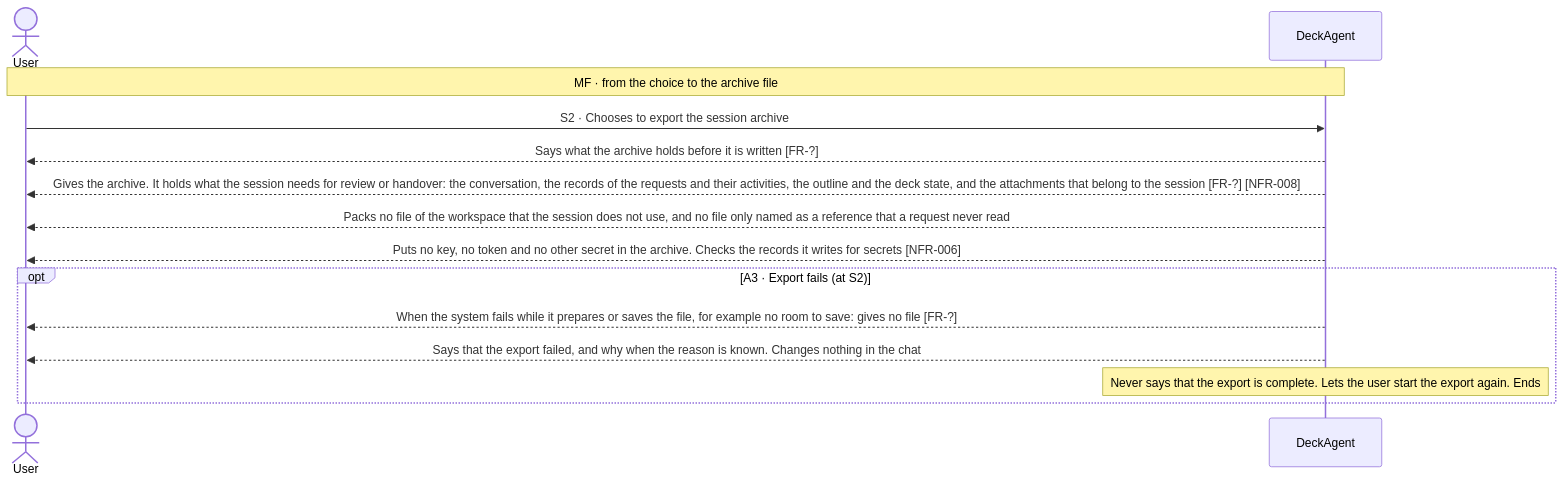
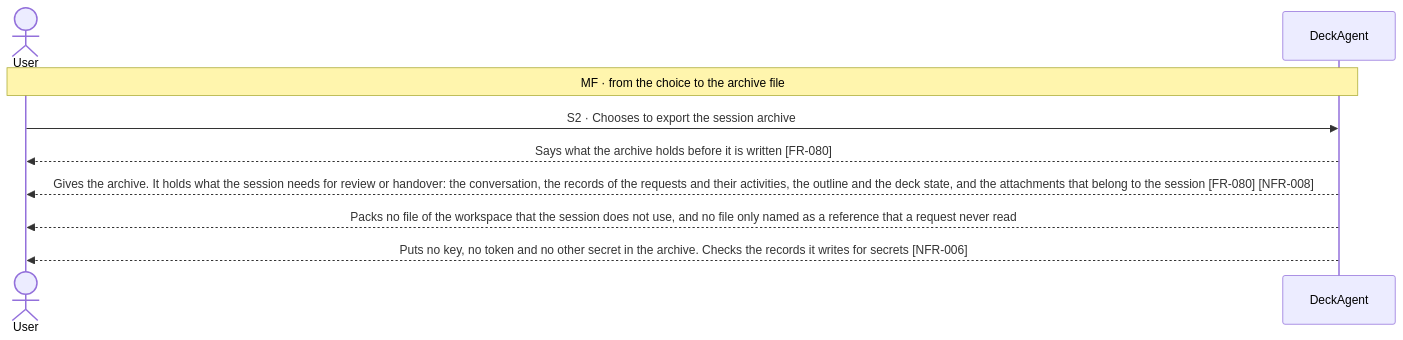
The second of 2 diagrams in docs/spec/03-use-cases/UC-016.md (Luke23127006/DeckAgent), drawn with Mermaid before and after one commit. The commit also changed other lines of this file and 128 other files, not shown here.

````diff
--- a/docs/spec/03-use-cases/UC-016.md
+++ b/docs/spec/03-use-cases/UC-016.md
@@ -60,16 +59,11 @@
 ```mermaid
 sequenceDiagram
     actor User
     participant DeckAgent
     Note over User,DeckAgent: MF · from the choice to the archive file
     User->>DeckAgent: S2 · Chooses to export the session archive
-    DeckAgent-->>User: Says what the archive holds before it is written [FR-?]
-    DeckAgent-->>User: Gives the archive. It holds what the session needs for review or handover: the conversation, the records of the requests and their activities, the outline and the deck state, and the attachments that belong to the session [FR-?] [NFR-008]
+    DeckAgent-->>User: Says what the archive holds before it is written [FR-080]
+    DeckAgent-->>User: Gives the archive. It holds what the session needs for review or handover: the conversation, the records of the requests and their activities, the outline and the deck state, and the attachments that belong to the session [FR-080] [NFR-008]
     DeckAgent-->>User: Packs no file of the workspace that the session does not use, and no file only named as a reference that a request never read
     DeckAgent-->>User: Puts no key, no token and no other secret in the archive. Checks the records it writes for secrets [NFR-006]
-    opt A3 · Export fails (at S2)
-        DeckAgent-->>User: When the system fails while it prepares or saves the file, for example no room to save: gives no file [FR-?]
-        DeckAgent-->>User: Says that the export failed, and why when the reason is known. Changes nothing in the chat
-        note over DeckAgent: Never says that the export is complete. Lets the user start the export again. Ends
-    end
 ```
````
